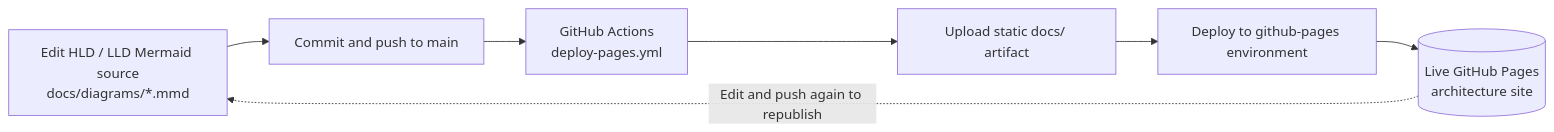
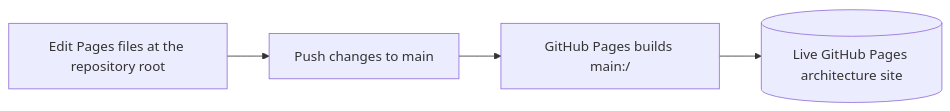
One commit to su394611-del/MedSparse-Healthcare-LLM-From-Scratch changed the diagram in diagrams/GitHub-Pages-Auto-Deployment.mmd. Above: the diagram before and after it, drawn with Mermaid. The commit also changed 2 other files, not shown here.

Commit message:
Fix evaluation publishing and retire the stale Pages workflow

```diff
--- a/diagrams/GitHub-Pages-Auto-Deployment.mmd
+++ b/diagrams/GitHub-Pages-Auto-Deployment.mmd
@@ -1,9 +1,6 @@
 flowchart LR
-    EDIT["Edit HLD / LLD Mermaid source<br/>docs/diagrams/*.mmd"]
-    COMMIT["Commit and push to main"]
-    ACTION["GitHub Actions<br/>deploy-pages.yml"]
-    UPLOAD["Upload static docs/ artifact"]
-    DEPLOY["Deploy to github-pages environment"]
-    SITE[("Live GitHub Pages<br/>architecture site")]
-    EDIT --> COMMIT --> ACTION --> UPLOAD --> DEPLOY --> SITE
-    SITE -. "Edit and push again to republish" .-> EDIT
+    EDIT["Edit Pages files at the repository root"]
+    COMMIT["Push changes to main"]
+    BUILD["GitHub Pages builds main:/"]
+    SITE[("Live GitHub Pages architecture site")]
+    EDIT --> COMMIT --> BUILD --> SITE
```
